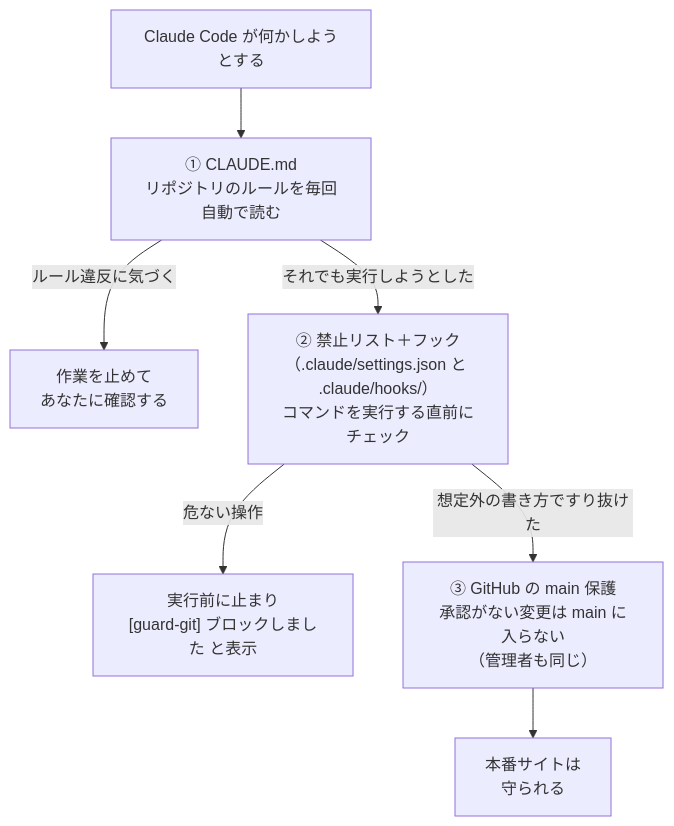
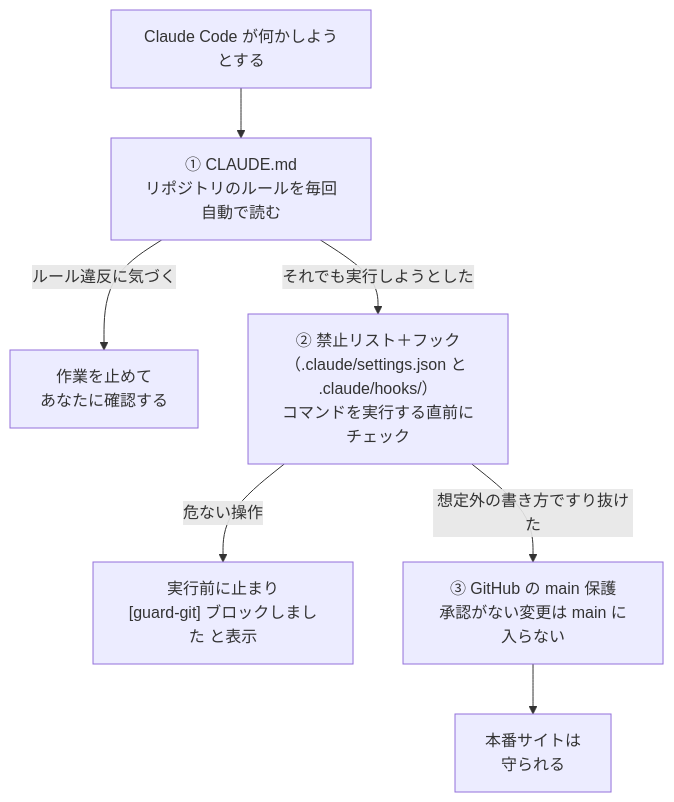
The third of 9 diagrams in docs/operations/onboarding.md (dz21106-web/3rd-place-website), drawn with Mermaid before and after one commit. The commit also changed other lines of this file and 1 other file, not shown here.

First line of the commit message:
docs: main 保護の説明を現在の GitHub 設定と一致させる

````diff
--- a/docs/operations/onboarding.md
+++ b/docs/operations/onboarding.md
@@ -77,12 +77,12 @@
 ```mermaid
 flowchart TB
     R["Claude Code が何かしようとする"] --> L1
     L1["① CLAUDE.md<br/>リポジトリのルールを毎回自動で読む"]
     L1 -->|ルール違反に気づく| S1["作業を止めて<br/>あなたに確認する"]
     L1 -->|それでも実行しようとした| L2
     L2["② 禁止リスト＋フック<br/>（.claude/settings.json と .claude/hooks/）<br/>コマンドを実行する直前にチェック"]
     L2 -->|危ない操作| S2["実行前に止まり<br/>[guard-git] ブロックしました と表示"]
     L2 -->|想定外の書き方ですり抜けた| L3
-    L3["③ GitHub の main 保護<br/>承認がない変更は main に入らない<br/>（管理者も同じ）"]
+    L3["③ GitHub の main 保護<br/>承認がない変更は main に入らない"]
     L3 --> S3["本番サイトは<br/>守られる"]
 ```
````
